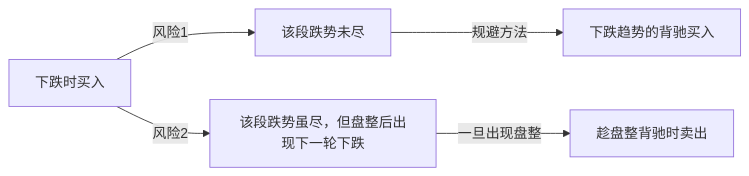
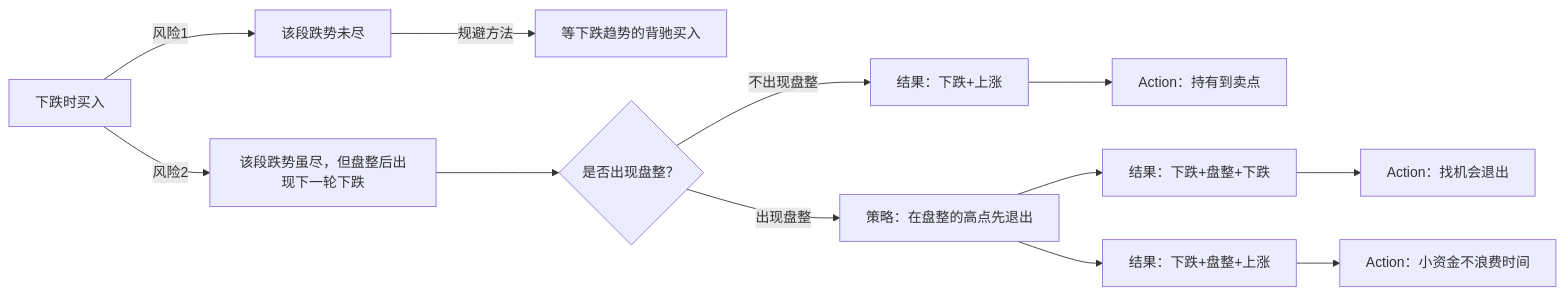
The first of 2 diagrams in 3-缠论/10-中小资金买卖法.md (ellendan000/book-xp), drawn with Mermaid before and after one commit. The commit also changed other lines of this file and 1 other file, not shown here.

````diff
--- a/3-缠论/10-中小资金买卖法.md
+++ b/3-缠论/10-中小资金买卖法.md
@@ -25,8 +26,16 @@
 ```mermaid
 flowchart LR
   A["下跌时买入"] --> |风险1|B1["该段跌势未尽"]
   A --> |风险2|B2["该段跌势虽尽，但盘整后出现下一轮下跌"]
 
-  B1 --> |规避方法|C1["下跌趋势的背驰买入"]
-  B2 --> |一旦出现盘整|C2["趁盘整背驰时卖出"]
+  B1 --> |规避方法|C1["等下跌趋势的背驰买入"]
+  B2 --> C2{"是否出现盘整？"}
+  C2 --> |不出现盘整|E1["结果：下跌+上涨"]
+  E1 --> F1["Action：持有到卖点"]
+  
+  C2 --> |出现盘整|D2["策略：在盘整的高点先退出"]
+  D2 --> E2["结果：下跌+盘整+下跌"]
+  E2 --> F2["Action：找机会退出"]
+  D2 --> E3["结果：下跌+盘整+上涨"]
+  E3 --> F3["Action：小资金不浪费时间"]
 ```
````
